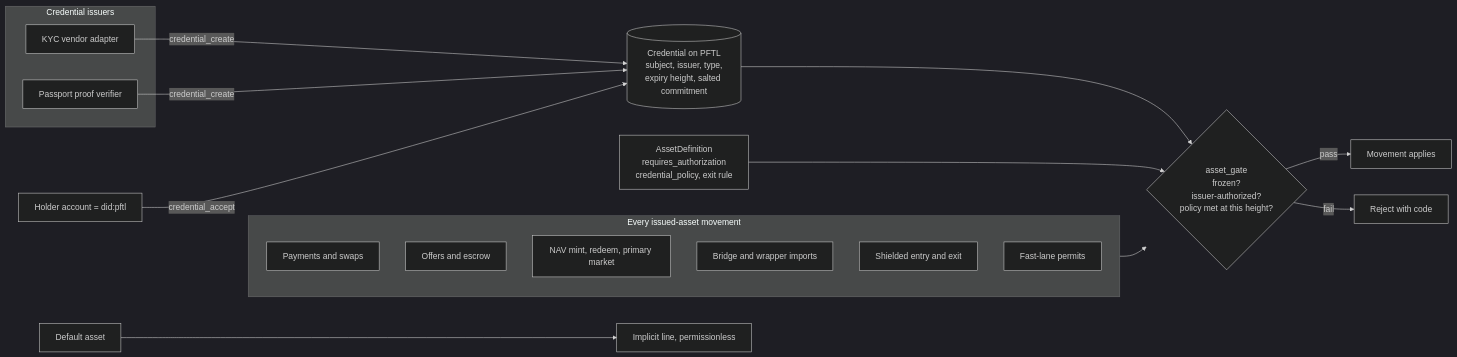
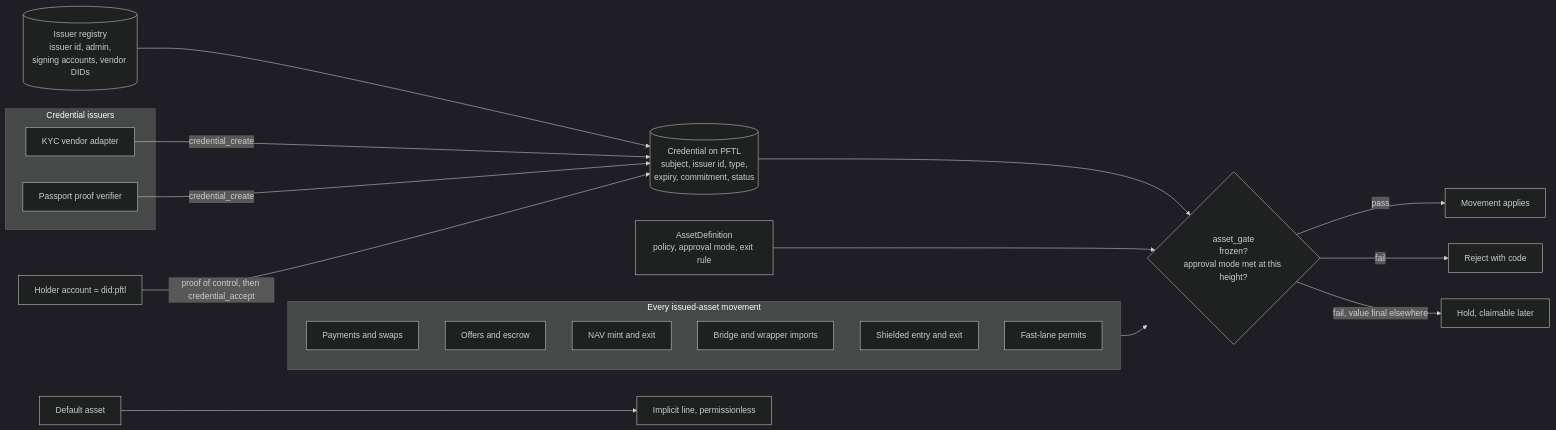
Before and after one commit to postfiatorg/postfiatl1v2: the diagram in big_milestone/pillars/08-onchain-identity.md, drawn with Mermaid (dark theme). The commit also changed other lines of this file and 22 other files, not shown here.

````diff
--- a/big_milestone/pillars/08-onchain-identity.md
+++ b/big_milestone/pillars/08-onchain-identity.md
@@ -56,24 +65,27 @@
 ```mermaid
 flowchart LR
     subgraph Issuers["Credential issuers"]
       KV["KYC vendor adapter"]
       PV["Passport proof verifier"]
     end
-    KV -- "credential_create" --> CR[("Credential on PFTL<br/>subject, issuer, type,<br/>expiry height, salted commitment")]
+    REG[("Issuer registry<br/>issuer id, admin,<br/>signing accounts, vendor DIDs")]
+    REG --> CR[("Credential on PFTL<br/>subject, issuer id, type,<br/>expiry, commitment, status")]
+    KV -- "credential_create" --> CR
     PV -- "credential_create" --> CR
-    H["Holder account = did:pftl"] -- "credential_accept" --> CR
+    H["Holder account = did:pftl"] -- "proof of control, then credential_accept" --> CR
     subgraph Paths["Every issued-asset movement"]
       P1["Payments and swaps"]
       P2["Offers and escrow"]
-      P3["NAV mint, redeem, primary market"]
+      P3["NAV mint and exit"]
       P4["Bridge and wrapper imports"]
       P5["Shielded entry and exit"]
       P6["Fast-lane permits"]
     end
-    Paths --> G{"asset_gate<br/>frozen?<br/>issuer-authorized?<br/>policy met at this height?"}
+    Paths --> G{"asset_gate<br/>frozen?<br/>approval mode met at this height?"}
     CR --> G
-    A["AssetDefinition<br/>requires_authorization<br/>credential_policy, exit rule"] --> G
+    A["AssetDefinition<br/>policy, approval mode, exit rule"] --> G
     G -- "pass" --> OK["Movement applies"]
     G -- "fail" --> NO["Reject with code"]
+    G -- "fail, value final elsewhere" --> HOLD["Hold, claimable later"]
     D["Default asset"] --> AUTO["Implicit line, permissionless"]
 ```
````
